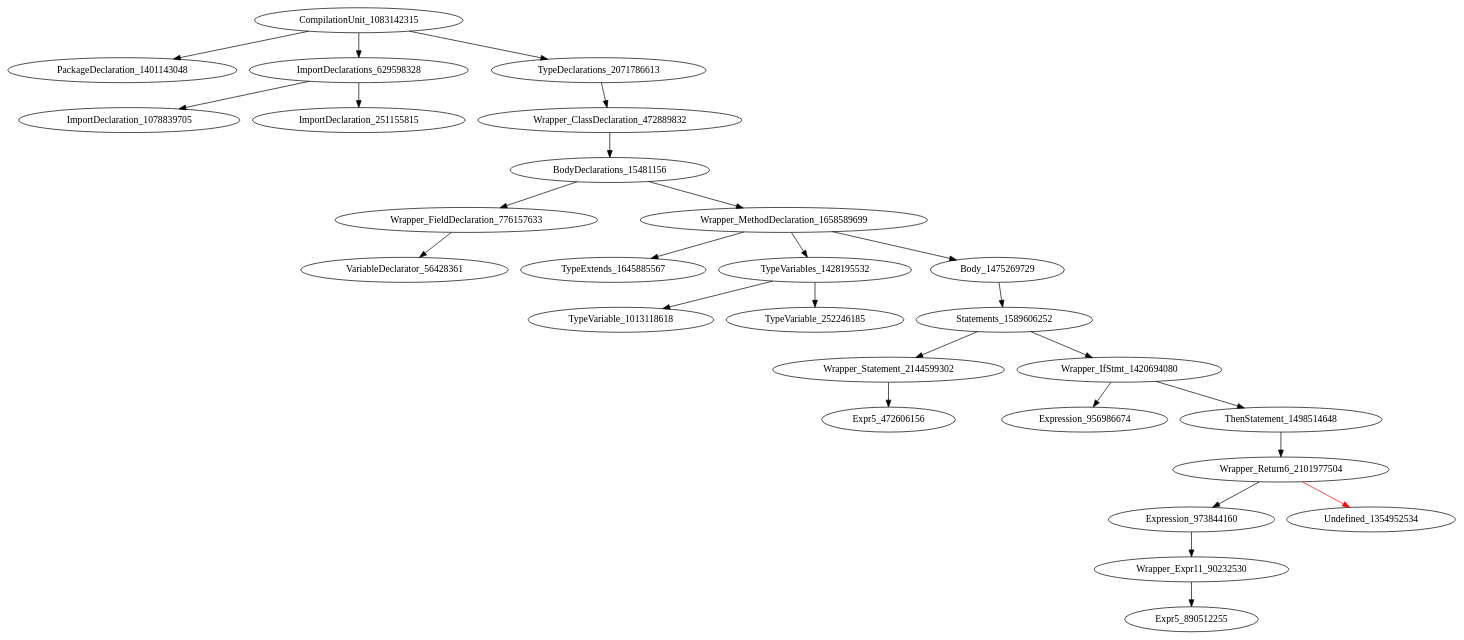
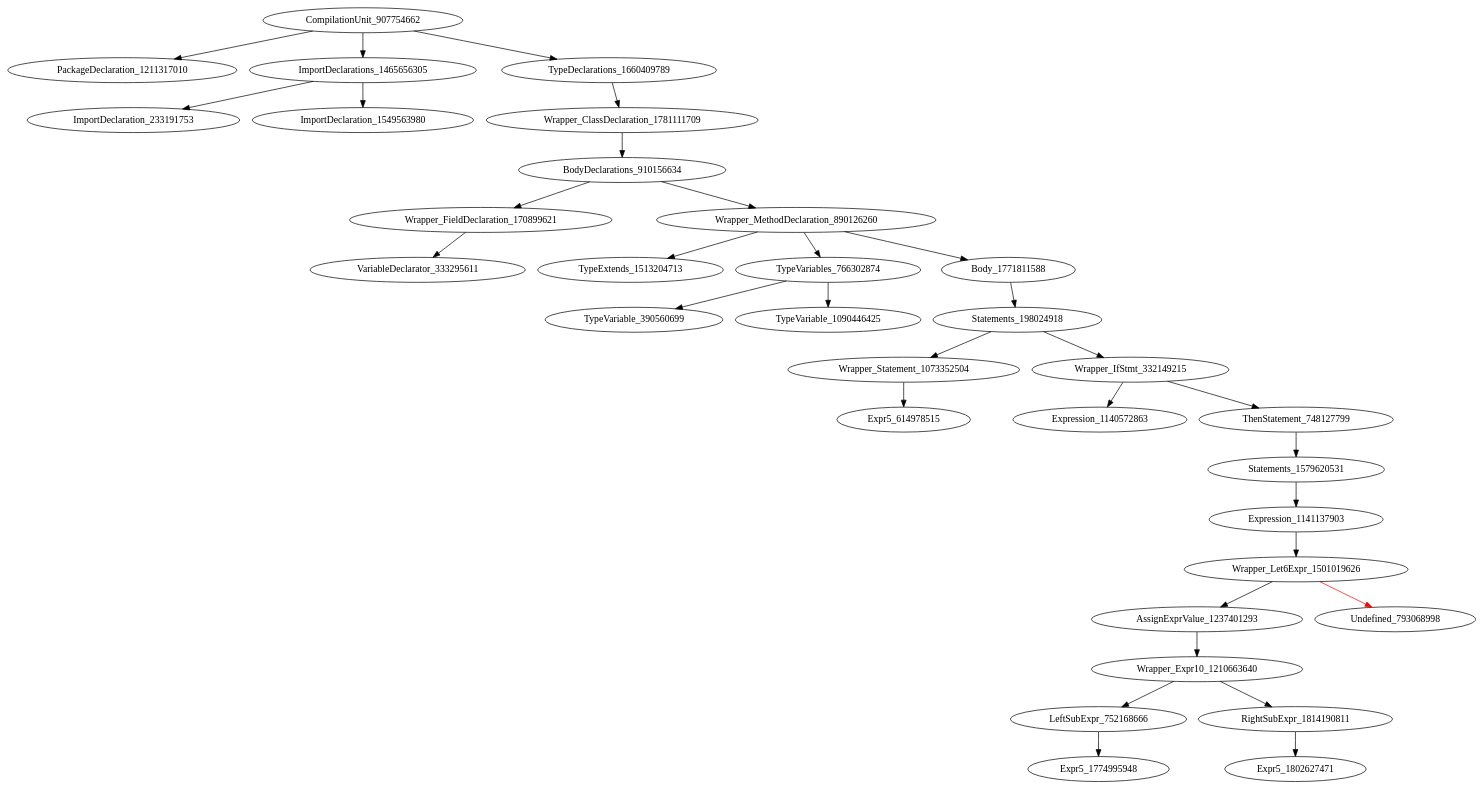
The diagram in holeAST.dot (icse2023material/VoiceJava), drawn with Graphviz before and after one commit. The commit also changed 6 other files, not shown here.

Commit message:
[add] support let6expr

```diff
--- a/holeAST.dot
+++ b/holeAST.dot
@@ -1,28 +1,33 @@
 digraph {
-CompilationUnit_1083142315 -> PackageDeclaration_1401143048
-CompilationUnit_1083142315 -> ImportDeclarations_629598328
-CompilationUnit_1083142315 -> TypeDeclarations_2071786613
-ImportDeclarations_629598328 -> ImportDeclaration_1078839705
-ImportDeclarations_629598328 -> ImportDeclaration_251155815
-TypeDeclarations_2071786613 -> Wrapper_ClassDeclaration_472889832
-Wrapper_ClassDeclaration_472889832 -> BodyDeclarations_15481156
-BodyDeclarations_15481156 -> Wrapper_FieldDeclaration_776157633
-BodyDeclarations_15481156 -> Wrapper_MethodDeclaration_1658589699
-Wrapper_FieldDeclaration_776157633 -> VariableDeclarator_56428361
-Wrapper_MethodDeclaration_1658589699 -> TypeExtends_1645885567
-Wrapper_MethodDeclaration_1658589699 -> TypeVariables_1428195532
-Wrapper_MethodDeclaration_1658589699 -> Body_1475269729
-TypeVariables_1428195532 -> TypeVariable_1013118618
-TypeVariables_1428195532 -> TypeVariable_252246185
-Body_1475269729 -> Statements_1589606252
-Statements_1589606252 -> Wrapper_Statement_2144599302
-Statements_1589606252 -> Wrapper_IfStmt_1420694080
-Wrapper_Statement_2144599302 -> Expr5_472606156
-Wrapper_IfStmt_1420694080 -> Expression_956986674
-Wrapper_IfStmt_1420694080 -> ThenStatement_1498514648
-ThenStatement_1498514648 -> Wrapper_Return6_2101977504
-Wrapper_Return6_2101977504 -> Expression_973844160
-Wrapper_Return6_2101977504 -> Undefined_1354952534 [color = red] 
-Expression_973844160 -> Wrapper_Expr11_90232530
-Wrapper_Expr11_90232530 -> Expr5_890512255
+CompilationUnit_907754662 -> PackageDeclaration_1211317010
+CompilationUnit_907754662 -> ImportDeclarations_1465656305
+CompilationUnit_907754662 -> TypeDeclarations_1660409789
+ImportDeclarations_1465656305 -> ImportDeclaration_233191753
+ImportDeclarations_1465656305 -> ImportDeclaration_1549563980
+TypeDeclarations_1660409789 -> Wrapper_ClassDeclaration_1781111709
+Wrapper_ClassDeclaration_1781111709 -> BodyDeclarations_910156634
+BodyDeclarations_910156634 -> Wrapper_FieldDeclaration_170899621
+BodyDeclarations_910156634 -> Wrapper_MethodDeclaration_890126260
+Wrapper_FieldDeclaration_170899621 -> VariableDeclarator_333295611
+Wrapper_MethodDeclaration_890126260 -> TypeExtends_1513204713
+Wrapper_MethodDeclaration_890126260 -> TypeVariables_766302874
+Wrapper_MethodDeclaration_890126260 -> Body_1771811588
+TypeVariables_766302874 -> TypeVariable_390560699
+TypeVariables_766302874 -> TypeVariable_1090446425
+Body_1771811588 -> Statements_198024918
+Statements_198024918 -> Wrapper_Statement_1073352504
+Statements_198024918 -> Wrapper_IfStmt_332149215
+Wrapper_Statement_1073352504 -> Expr5_614978515
+Wrapper_IfStmt_332149215 -> Expression_1140572863
+Wrapper_IfStmt_332149215 -> ThenStatement_748127799
+ThenStatement_748127799 -> Statements_1579620531
+Statements_1579620531 -> Expression_1141137903
+Expression_1141137903 -> Wrapper_Let6Expr_1501019626
+Wrapper_Let6Expr_1501019626 -> AssignExprValue_1237401293
+Wrapper_Let6Expr_1501019626 -> Undefined_793068998 [color = red] 
+AssignExprValue_1237401293 -> Wrapper_Expr10_1210663640
+Wrapper_Expr10_1210663640 -> LeftSubExpr_752168666
+Wrapper_Expr10_1210663640 -> RightSubExpr_1814190811
+LeftSubExpr_752168666 -> Expr5_1774995948
+RightSubExpr_1814190811 -> Expr5_1802627471
 }
```
